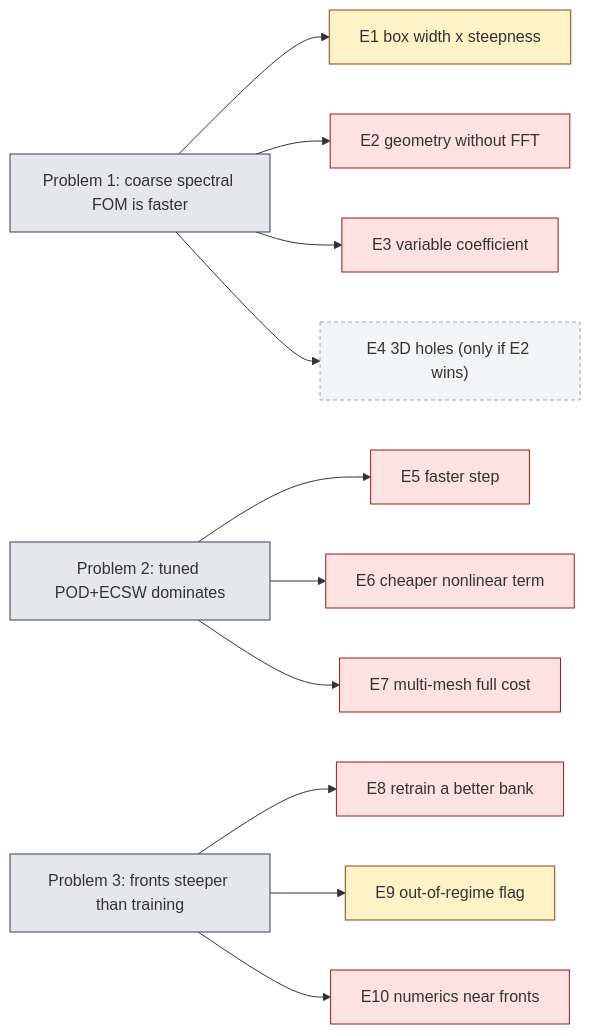
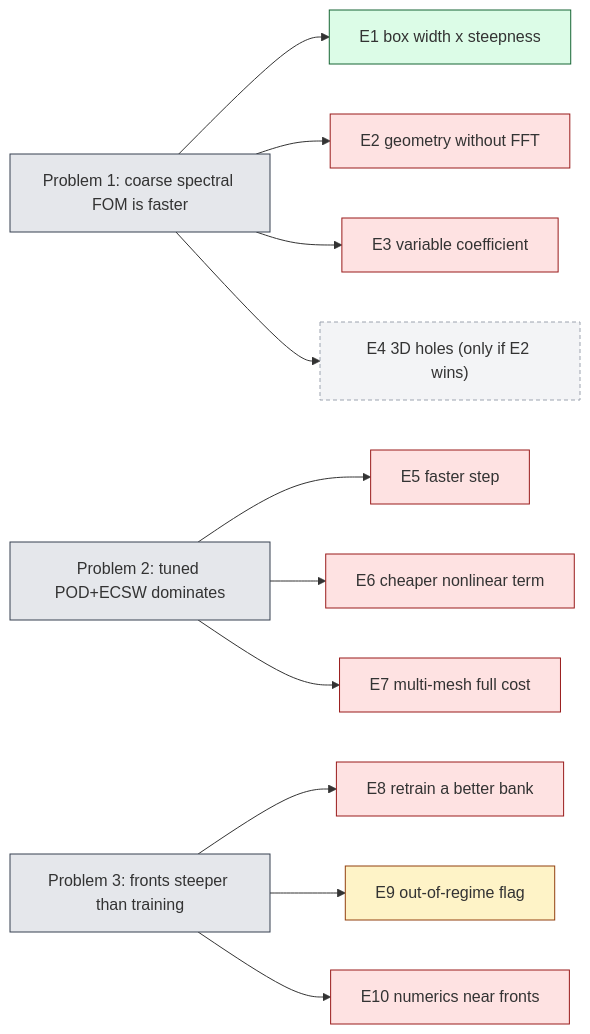
One commit to tahmidawal/Tunable-NM-ROM changed the diagram in reports/2026-10-21-improvement-campaign/final/report.md. Above: the diagram before and after it, drawn with Mermaid. The commit also changed other lines of this file and 36 other files, not shown here.

````diff
--- a/reports/2026-10-21-improvement-campaign/final/report.md
+++ b/reports/2026-10-21-improvement-campaign/final/report.md
@@ -5,21 +5,22 @@
 ```mermaid
 flowchart LR
   P1["Problem 1: coarse spectral FOM is faster"]:::prob --> E1["E1 box width x steepness"]
   P1 --> E2["E2 geometry without FFT"]
   P1 --> E3["E3 variable coefficient"]
   P1 --> E4["E4 3D holes (only if E2 wins)"]
   P2["Problem 2: tuned POD+ECSW dominates"]:::prob --> E5["E5 faster step"]
   P2 --> E6["E6 cheaper nonlinear term"]
   P2 --> E7["E7 multi-mesh full cost"]
   P3["Problem 3: fronts steeper than training"]:::prob --> E8["E8 retrain a better bank"]
   P3 --> E9["E9 out-of-regime flag"]
   P3 --> E10["E10 numerics near fronts"]
   classDef prob fill:#e5e7eb,stroke:#374151;
   classDef stop fill:#fee2e2,stroke:#991b1b;
   classDef pend fill:#fef3c7,stroke:#92400e;
   classDef skip fill:#f3f4f6,stroke:#9ca3af,stroke-dasharray: 4 3;
+  classDef part fill:#dcfce7,stroke:#166534;
   class E2,E3,E5,E6,E7,E8,E10 stop;
-  class E1 pend;
+  class E9 pend;
   class E4 skip;
-  class E9 pend;
+  class E1 part;
 ```
````
